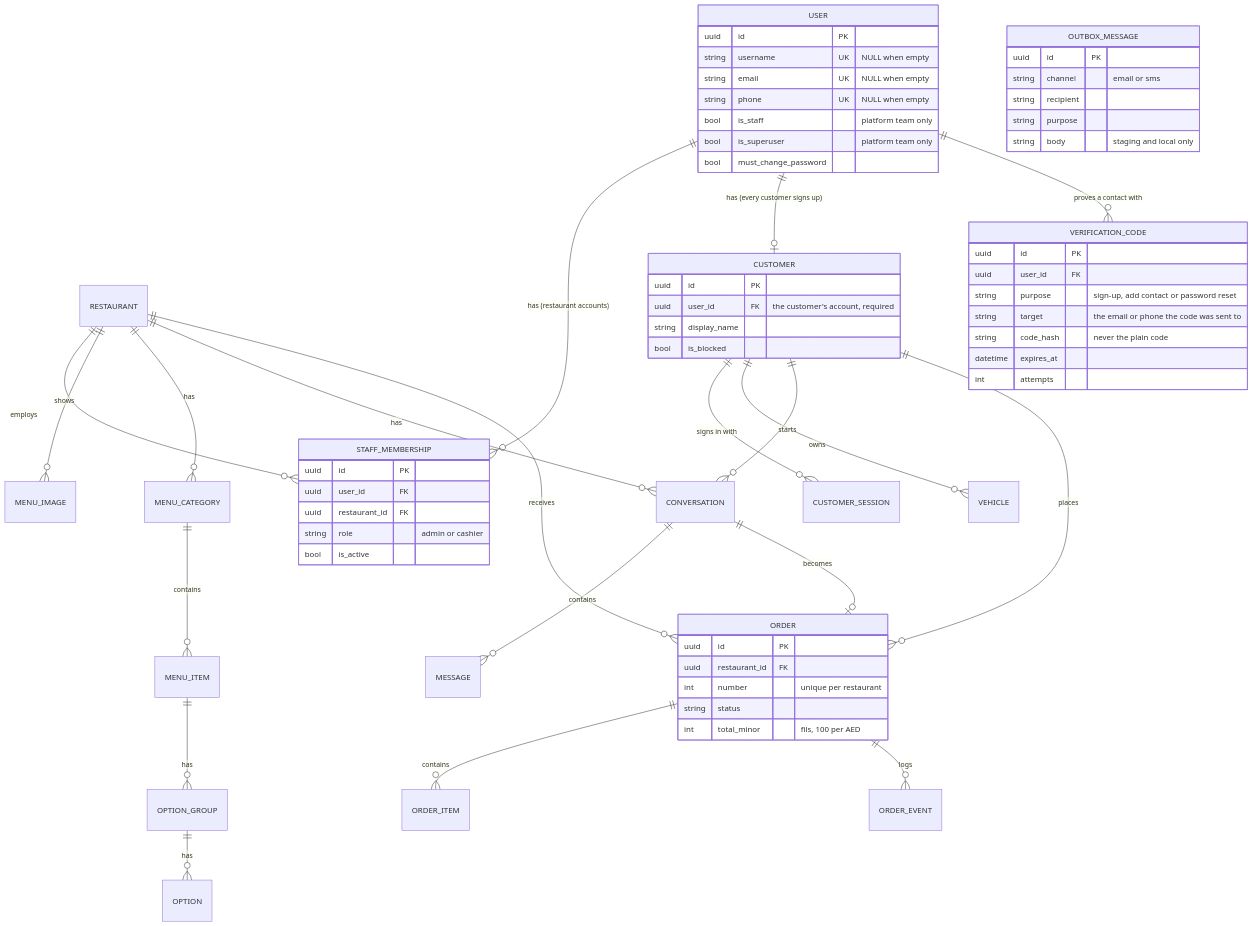
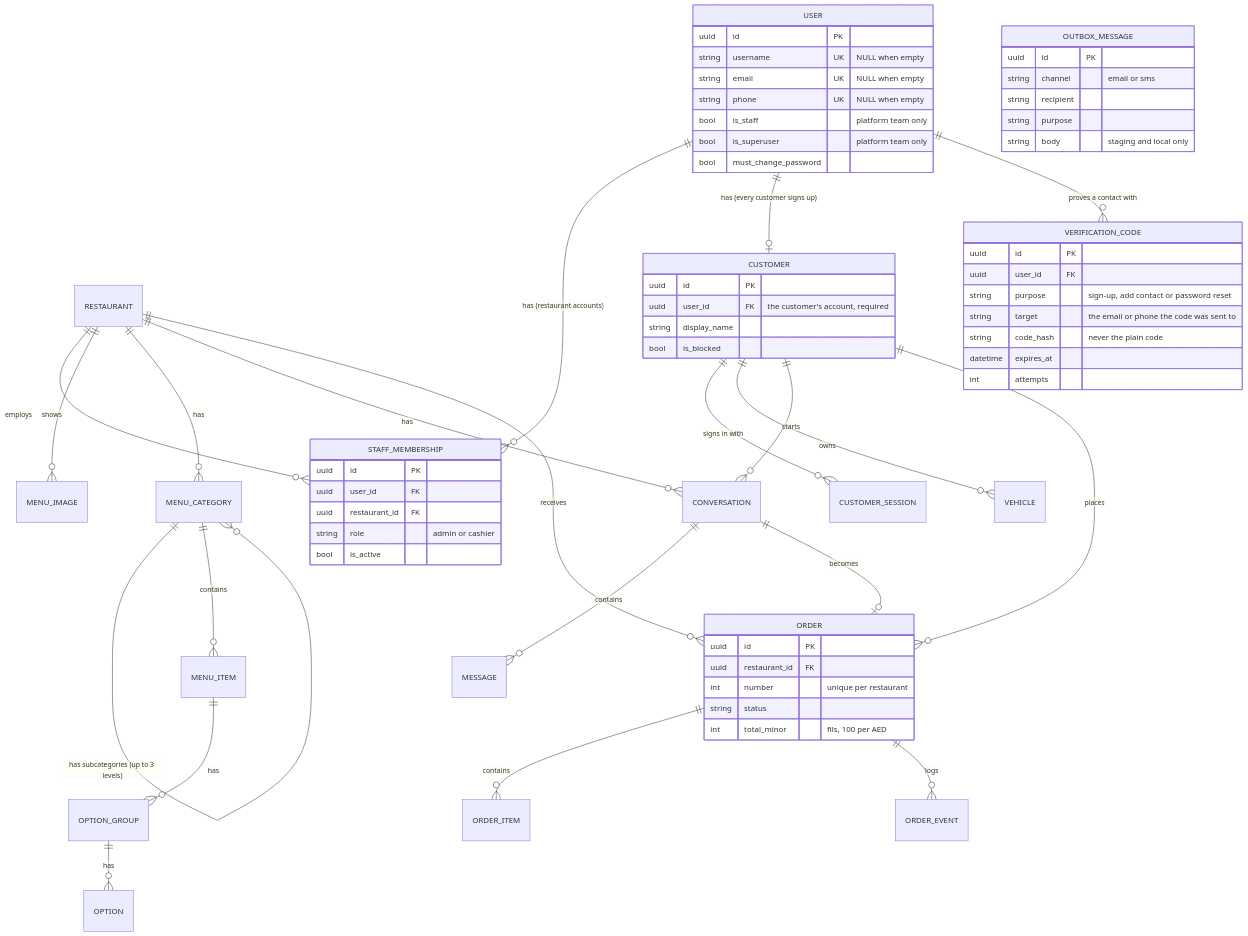
Before and after one commit to Aalihaidar/wasli-backend: the seventh of 7 diagrams in docs/project-overview.md, drawn with Mermaid. The commit also changed 19 other files, not shown here.

Commit message:
feat(menu): nested menu categories, up to three levels

````diff
--- a/docs/project-overview.md
+++ b/docs/project-overview.md
@@ -184,68 +184,69 @@
 ```mermaid
 erDiagram
     USER ||--o{ STAFF_MEMBERSHIP : "has (restaurant accounts)"
     RESTAURANT ||--o{ STAFF_MEMBERSHIP : employs
     USER ||--o| CUSTOMER : "has (every customer signs up)"
     USER ||--o{ VERIFICATION_CODE : "proves a contact with"
     CUSTOMER ||--o{ CUSTOMER_SESSION : "signs in with"
     CUSTOMER ||--o{ VEHICLE : owns
     RESTAURANT ||--o{ MENU_IMAGE : shows
     RESTAURANT ||--o{ MENU_CATEGORY : has
+    MENU_CATEGORY ||--o{ MENU_CATEGORY : "has subcategories (up to 3 levels)"
     MENU_CATEGORY ||--o{ MENU_ITEM : contains
     MENU_ITEM ||--o{ OPTION_GROUP : has
     OPTION_GROUP ||--o{ OPTION : has
     RESTAURANT ||--o{ CONVERSATION : has
     CUSTOMER ||--o{ CONVERSATION : starts
     CONVERSATION ||--o{ MESSAGE : contains
     CONVERSATION ||--o| ORDER : becomes
     RESTAURANT ||--o{ ORDER : receives
     CUSTOMER ||--o{ ORDER : places
     ORDER ||--o{ ORDER_ITEM : contains
     ORDER ||--o{ ORDER_EVENT : logs
 
     USER {
         uuid id PK
         string username UK "NULL when empty"
         string email UK "NULL when empty"
         string phone UK "NULL when empty"
         bool is_staff "platform team only"
         bool is_superuser "platform team only"
         bool must_change_password
     }
     STAFF_MEMBERSHIP {
         uuid id PK
         uuid user_id FK
         uuid restaurant_id FK
         string role "admin or cashier"
         bool is_active
     }
     VERIFICATION_CODE {
         uuid id PK
         uuid user_id FK
         string purpose "sign-up, add contact or password reset"
         string target "the email or phone the code was sent to"
         string code_hash "never the plain code"
         datetime expires_at
         int attempts
     }
     OUTBOX_MESSAGE {
         uuid id PK
         string channel "email or sms"
         string recipient
         string purpose
         string body "staging and local only"
     }
     CUSTOMER {
         uuid id PK
         uuid user_id FK "the customer's account, required"
         string display_name
         bool is_blocked
     }
     ORDER {
         uuid id PK
         uuid restaurant_id FK
         int number "unique per restaurant"
         string status
         int total_minor "fils, 100 per AED"
     }
 ```
````
